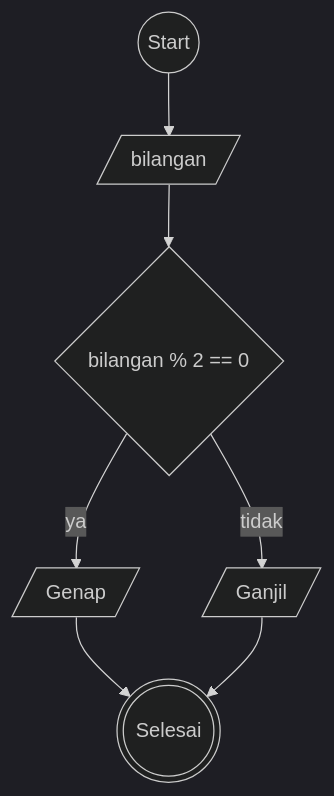
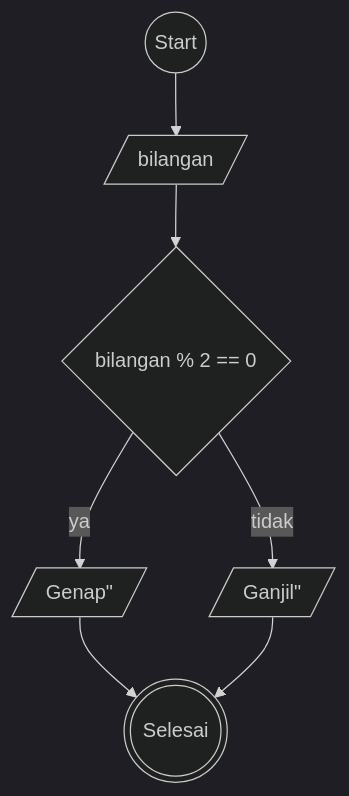
One commit to ktsrqsdev/koda-b10-algoritma changed the first of 2 diagrams in README.md. Above: the diagram before and after it, drawn with Mermaid (dark theme). The commit also changed other lines of this file, not shown here.

````diff
--- a/README.md
+++ b/README.md
@@ -20,18 +22,18 @@
 ``` mermaid
 
     flowchart TD
     start@{ shape: circle, label: "Start" }
     inputAngka@{ shape: lean-r, label: "bilangan" }
     modulo@{ shape: diamond, label: "bilangan % 2 == 0" }
-    genap@{ shape: lean-r, label: "Genap" }
-    ganjil@{ shape: lean-r, label: "Ganjil" }
+    genap@{ shape: lean-r, label: "Genap#quot;" }
+    ganjil@{ shape: lean-r, label: "Ganjil#quot;" }
     selesai@{ shape: dbl-circ, label: "Selesai" }
     
     start --> inputAngka
     inputAngka --> modulo
     modulo --ya--> genap
     modulo --tidak--> ganjil
     genap & ganjil --> selesai
     
     
 ```
````
